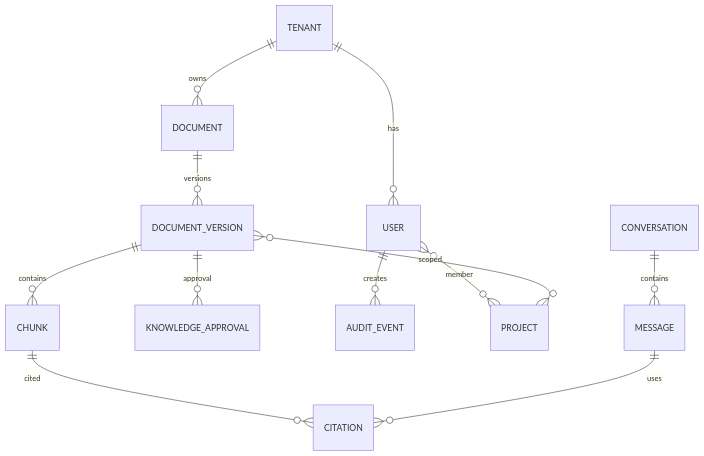
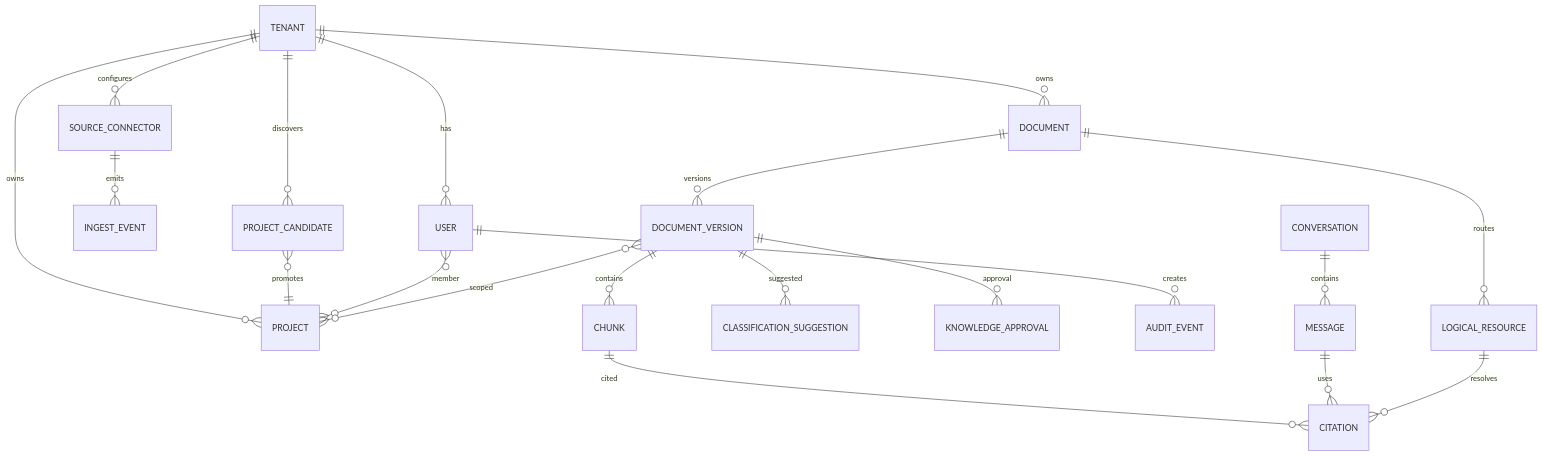
The first of 2 diagrams in rulmera-enterprise-knowledge/20-설계/05-데이터모델-초안.md (hori5000/Rulmera-OPA), drawn with Mermaid before and after one commit. The commit also changed other lines of this file and 38 other files, not shown here.

````diff
--- a/rulmera-enterprise-knowledge/20-설계/05-데이터모델-초안.md
+++ b/rulmera-enterprise-knowledge/20-설계/05-데이터모델-초안.md
@@ -3,14 +3,27 @@
 ```mermaid
 erDiagram
   TENANT ||--o{ USER : has
+  TENANT ||--o{ PROJECT : owns
+  TENANT ||--o{ SOURCE_CONNECTOR : configures
+  SOURCE_CONNECTOR ||--o{ INGEST_EVENT : emits
+
   TENANT ||--o{ DOCUMENT : owns
   DOCUMENT ||--o{ DOCUMENT_VERSION : versions
   DOCUMENT_VERSION ||--o{ CHUNK : contains
+  DOCUMENT_VERSION ||--o{ CLASSIFICATION_SUGGESTION : suggested
   DOCUMENT_VERSION ||--o{ KNOWLEDGE_APPROVAL : approval
+
+  TENANT ||--o{ PROJECT_CANDIDATE : discovers
+  PROJECT_CANDIDATE }o--|| PROJECT : promotes
+
+  USER }o--o{ PROJECT : member
   USER ||--o{ AUDIT_EVENT : creates
-  USER }o--o{ PROJECT : member
-  DOCUMENT_VERSION }o--o{ PROJECT : scoped
+
   CHUNK ||--o{ CITATION : cited
   CONVERSATION ||--o{ MESSAGE : contains
   MESSAGE ||--o{ CITATION : uses
+
+  DOCUMENT_VERSION }o--o{ PROJECT : scoped
+  DOCUMENT ||--o{ LOGICAL_RESOURCE : routes
+  LOGICAL_RESOURCE ||--o{ CITATION : resolves
 ```
````
